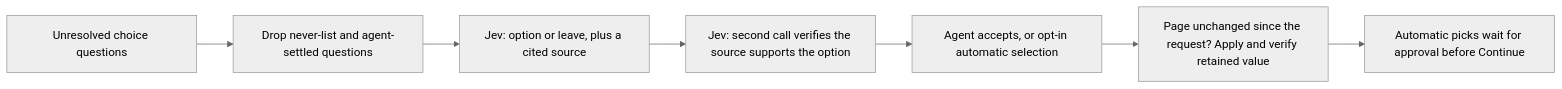
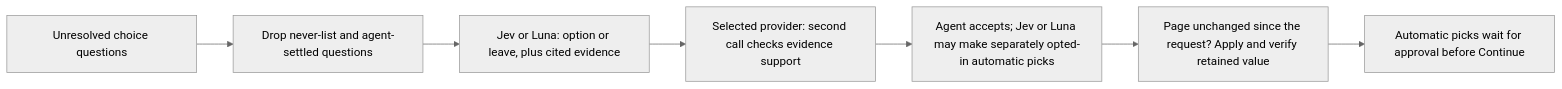
One commit to lutfikeskin/tni-rater-autofill changed the diagram in docs/ai-assistant.md. Above: the diagram before and after it, drawn with Mermaid (neutral theme). The commit also changed other lines of this file and 35 other files, not shown here.

````diff
--- a/docs/ai-assistant.md
+++ b/docs/ai-assistant.md
@@ -11,9 +23,9 @@
 ```mermaid
 flowchart LR
     A[Unresolved choice questions] --> B[Drop never-list and agent-settled questions]
-    B --> C[Jev: option or leave, plus a cited source]
-    C --> D[Jev: second call verifies the source supports the option]
-    D --> E[Agent accepts, or opt-in automatic selection]
+    B --> C[Jev or Luna: option or leave, plus cited evidence]
+    C --> D[Selected provider: second call checks evidence support]
+    D --> E[Agent accepts; Jev or Luna may make separately opted-in automatic picks]
     E --> F[Page unchanged since the request? Apply and verify retained value]
     F --> G[Automatic picks wait for approval before Continue]
 ```
````
